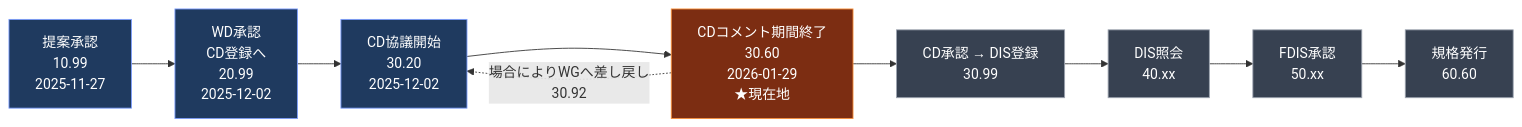
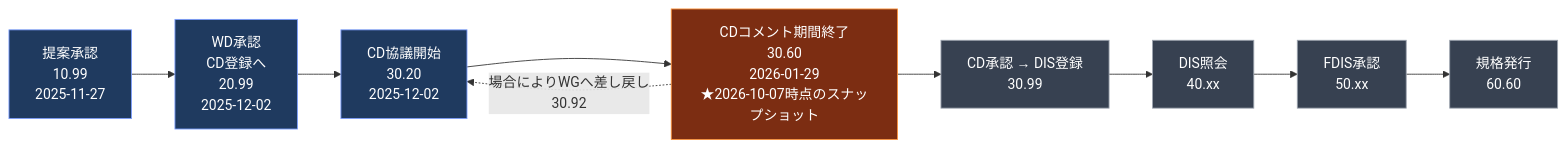
The first of 10 diagrams in Iso-29119-14-guide.md (myoshi2891/Quality-Assurance-Studies), drawn with Mermaid before and after one commit. The commit also changed other lines of this file and 1 other file, not shown here.

````diff
--- a/Iso-29119-14-guide.md
+++ b/Iso-29119-14-guide.md
@@ -87,18 +87,18 @@
 ```mermaid
 flowchart LR
     LC1["提案承認<br/>10.99<br/>2025-11-27"] --> LC2["WD承認<br/>CD登録へ<br/>20.99<br/>2025-12-02"]
     LC2 --> LC3["CD協議開始<br/>30.20<br/>2025-12-02"]
-    LC3 --> LC4["CDコメント期間終了<br/>30.60<br/>2026-01-29<br/>★現在地"]
+    LC3 --> LC4["CDコメント期間終了<br/>30.60<br/>2026-01-29<br/>★2026-10-07時点のスナップショット"]
     LC4 --> LC5["CD承認 → DIS登録<br/>30.99"]
     LC5 --> LC6["DIS照会<br/>40.xx"]
     LC6 --> LC7["FDIS承認<br/>50.xx"]
     LC7 --> LC8["規格発行<br/>60.60"]
     LC4 -. "場合によりWGへ差し戻し<br/>30.92" .-> LC3
 
     classDef done fill:#1f3a5f,stroke:#7c9eff,color:#ffffff
     classDef now fill:#7c2d12,stroke:#fb923c,color:#ffffff
     classDef future fill:#374151,stroke:#9ca3af,color:#ffffff
     class LC1,LC2,LC3 done
     class LC4 now
     class LC5,LC6,LC7,LC8 future
 ```
````
